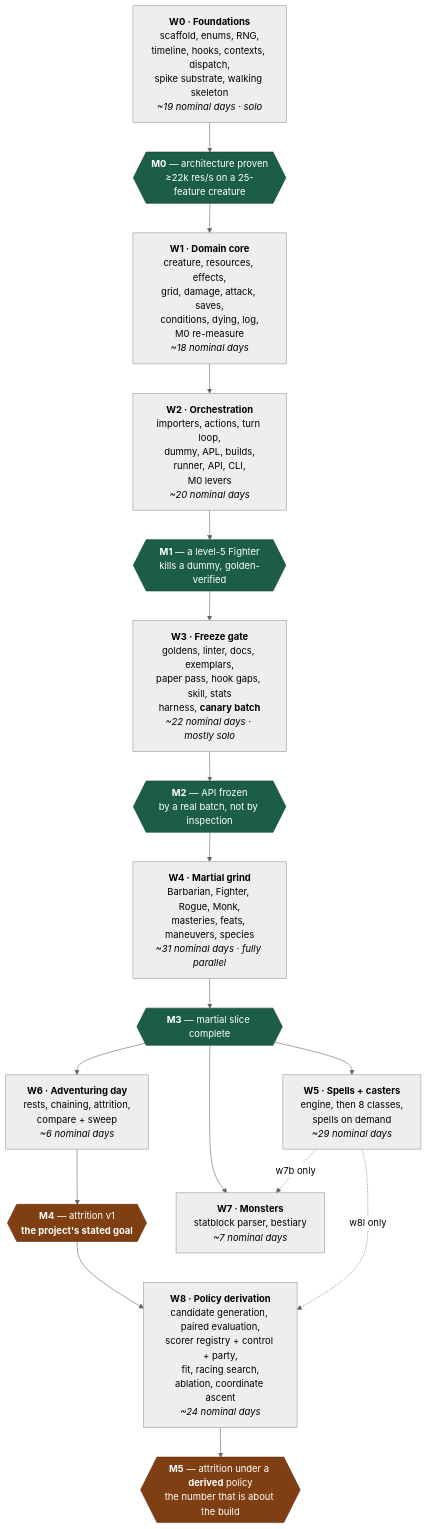
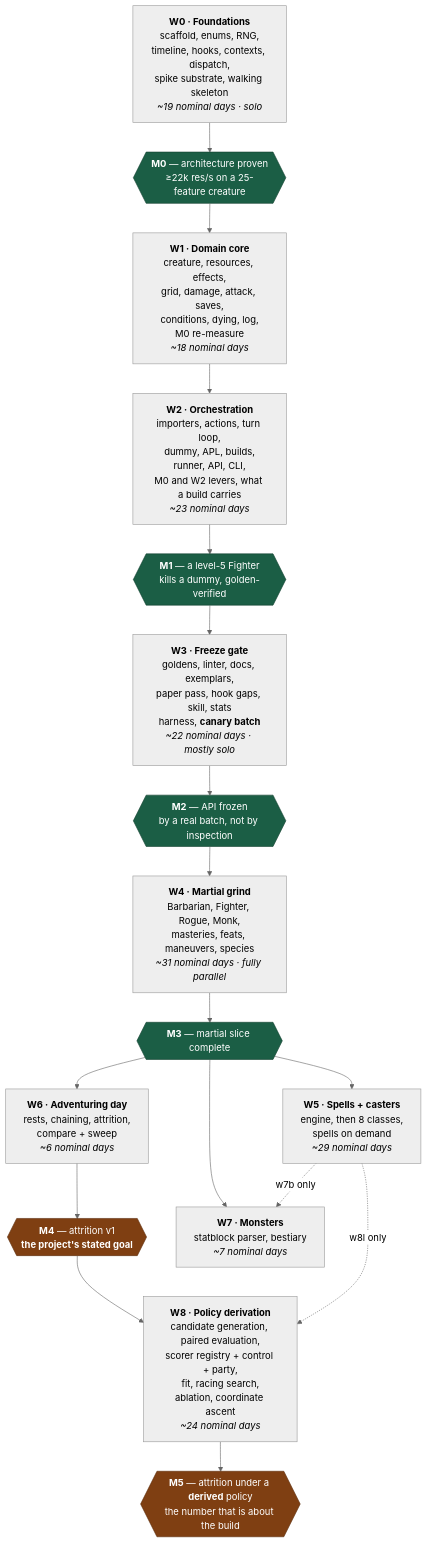
Before and after one commit to Luguza/DnD-Simulator: the diagram in ROADMAP.md, drawn with Mermaid (neutral theme). The commit also changed other lines of this file and 4 other files, not shown here.

First line of the commit message:
plan review: #67 below the floor goes to w2i2; #68, #69, #74 to w2k; w2j and w2g Produces; a wave-graph check

````diff
--- a/ROADMAP.md
+++ b/ROADMAP.md
@@ -137,31 +137,31 @@
 ```mermaid
 flowchart TD
     W0["<b>W0 · Foundations</b><br/>scaffold, enums, RNG,<br/>timeline, hooks, contexts, dispatch,<br/>spike substrate, walking skeleton<br/><i>~19 nominal days · solo</i>"]
     M0{{"<b>M0</b> — architecture proven<br/>≥22k res/s on a 25-feature creature"}}
     W1["<b>W1 · Domain core</b><br/>creature, resources, effects,<br/>grid, damage, attack, saves,<br/>conditions, dying, log,<br/>M0 re-measure<br/><i>~18 nominal days</i>"]
-    W2["<b>W2 · Orchestration</b><br/>importers, actions, turn loop,<br/>dummy, APL, builds,<br/>runner, API, CLI,<br/>M0 levers<br/><i>~20 nominal days</i>"]
+    W2["<b>W2 · Orchestration</b><br/>importers, actions, turn loop,<br/>dummy, APL, builds,<br/>runner, API, CLI,<br/>M0 and W2 levers, what a build carries<br/><i>~23 nominal days</i>"]
     M1{{"<b>M1</b> — a level-5 Fighter<br/>kills a dummy, golden-verified"}}
     W3["<b>W3 · Freeze gate</b><br/>goldens, linter, docs, exemplars,<br/>paper pass, hook gaps, skill, stats<br/>harness, <b>canary batch</b><br/><i>~22 nominal days · mostly solo</i>"]
     M2{{"<b>M2</b> — API frozen<br/>by a real batch, not by inspection"}}
     W4["<b>W4 · Martial grind</b><br/>Barbarian, Fighter, Rogue, Monk,<br/>masteries, feats, maneuvers, species<br/><i>~31 nominal days · fully parallel</i>"]
     M3{{"<b>M3</b> — martial slice complete"}}
     W5["<b>W5 · Spells + casters</b><br/>engine, then 8 classes,<br/>spells on demand<br/><i>~29 nominal days</i>"]
     W6["<b>W6 · Adventuring day</b><br/>rests, chaining, attrition,<br/>compare + sweep<br/><i>~6 nominal days</i>"]
     M4{{"<b>M4</b> — attrition v1<br/><b>the project's stated goal</b>"}}
     W7["<b>W7 · Monsters</b><br/>statblock parser, bestiary<br/><i>~7 nominal days</i>"]
     W8["<b>W8 · Policy derivation</b><br/>candidate generation, paired evaluation,<br/>scorer registry + control + party,<br/>fit, racing search,<br/>ablation, coordinate ascent<br/><i>~24 nominal days</i>"]
     M5{{"<b>M5</b> — attrition under a <b>derived</b> policy<br/>the number that is about the build"}}
 
     W0 --> M0 --> W1 --> W2 --> M1 --> W3 --> M2 --> W4 --> M3
     M3 --> W5
     M3 --> W6 --> M4
     M3 --> W7
     M4 --> W8 --> M5
     W5 -.->|"w8l only"| W8
     W5 -.->|"w7b only"| W7
 
     classDef gate fill:#1b5e45,stroke:#123f2f,color:#ffffff;
     classDef goal fill:#7f3f12,stroke:#5c2d0d,color:#ffffff;
     class M0,M1,M2,M3 gate;
     class M4,M5 goal;
 ```
````
